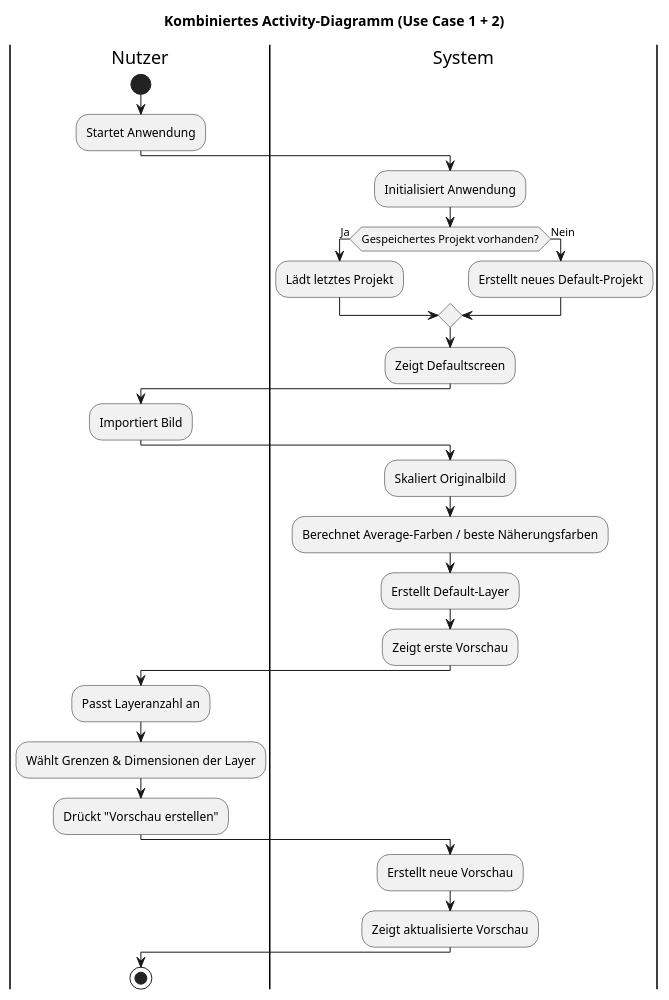
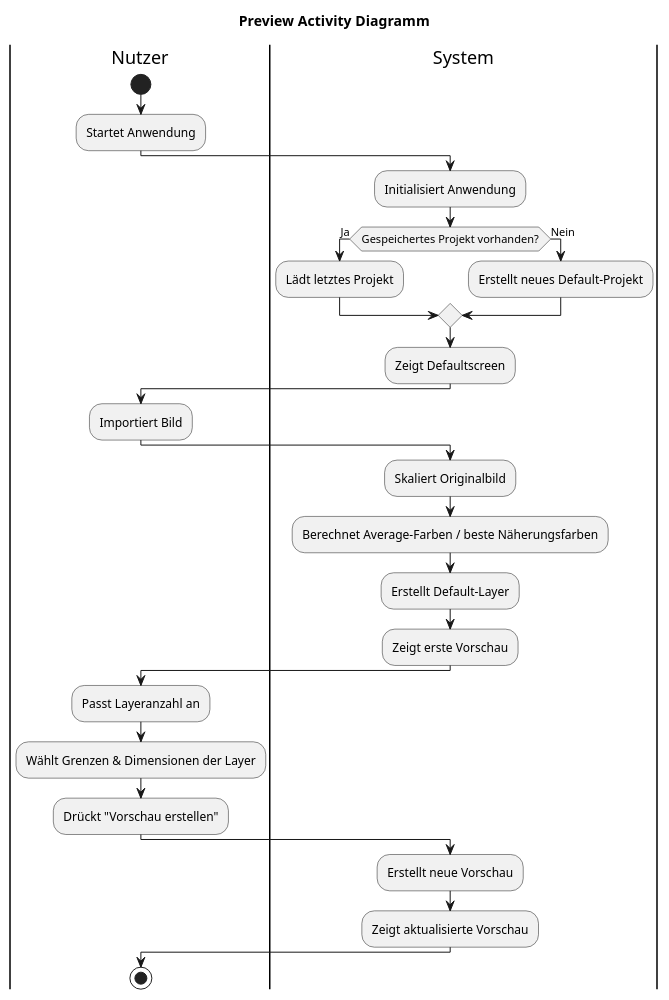
One commit to Karma-chocolate/SWE-Labor changed the diagram in ActivityDiaBildvorschau.puml. Above: the diagram before and after it, drawn with PlantUML.

Commit message:
Update ActivityDiaBildvorschau.puml
title gaendert

```diff
--- a/ActivityDiaBildvorschau.puml
+++ b/ActivityDiaBildvorschau.puml
@@ -1,37 +1,37 @@
 @startuml
-title Kombiniertes Activity-Diagramm (Use Case 1 + 2)
+title Preview Activity Diagramm
 
 |Nutzer|
 start
 :Startet Anwendung;
 
 |System|
 :Initialisiert Anwendung;
 if (Gespeichertes Projekt vorhanden?) then (Ja)
   :Lädt letztes Projekt;
 else (Nein)
   :Erstellt neues Default-Projekt;
 endif
 :Zeigt Defaultscreen;
 
 |Nutzer|
 :Importiert Bild;
 
 |System|
 :Skaliert Originalbild;
 :Berechnet Average-Farben / beste Näherungsfarben;
 :Erstellt Default-Layer;
 :Zeigt erste Vorschau;
 
 |Nutzer|
 :Passt Layeranzahl an;
 :Wählt Grenzen & Dimensionen der Layer;
 :Drückt "Vorschau erstellen";
 
 |System|
 :Erstellt neue Vorschau;
 :Zeigt aktualisierte Vorschau;
 
 |Nutzer|
 stop
 @enduml 
```
